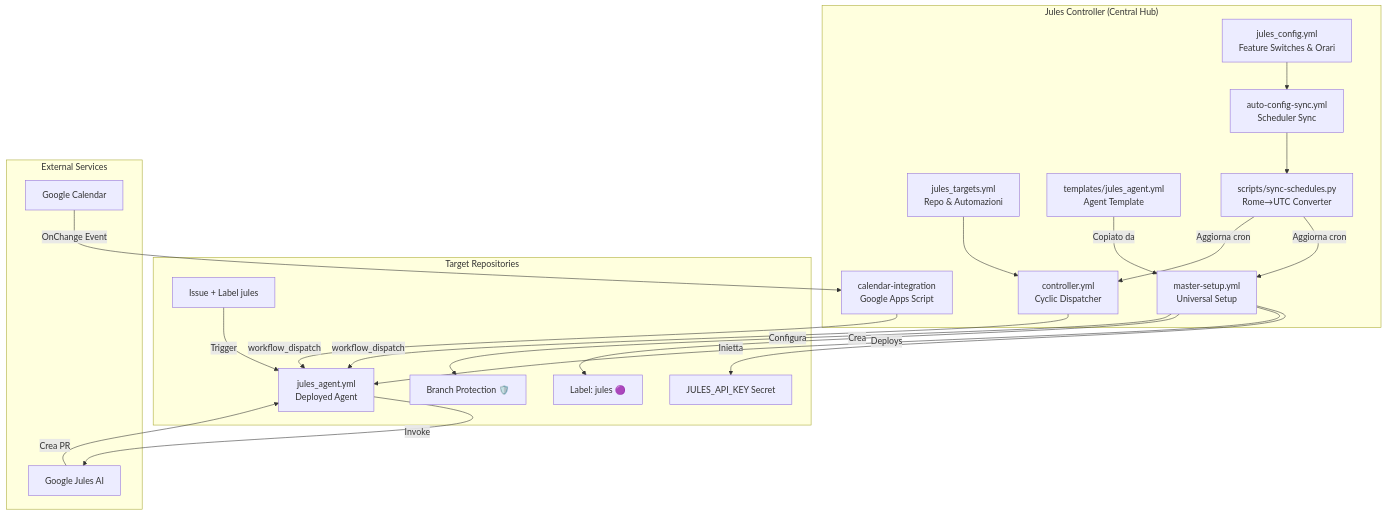
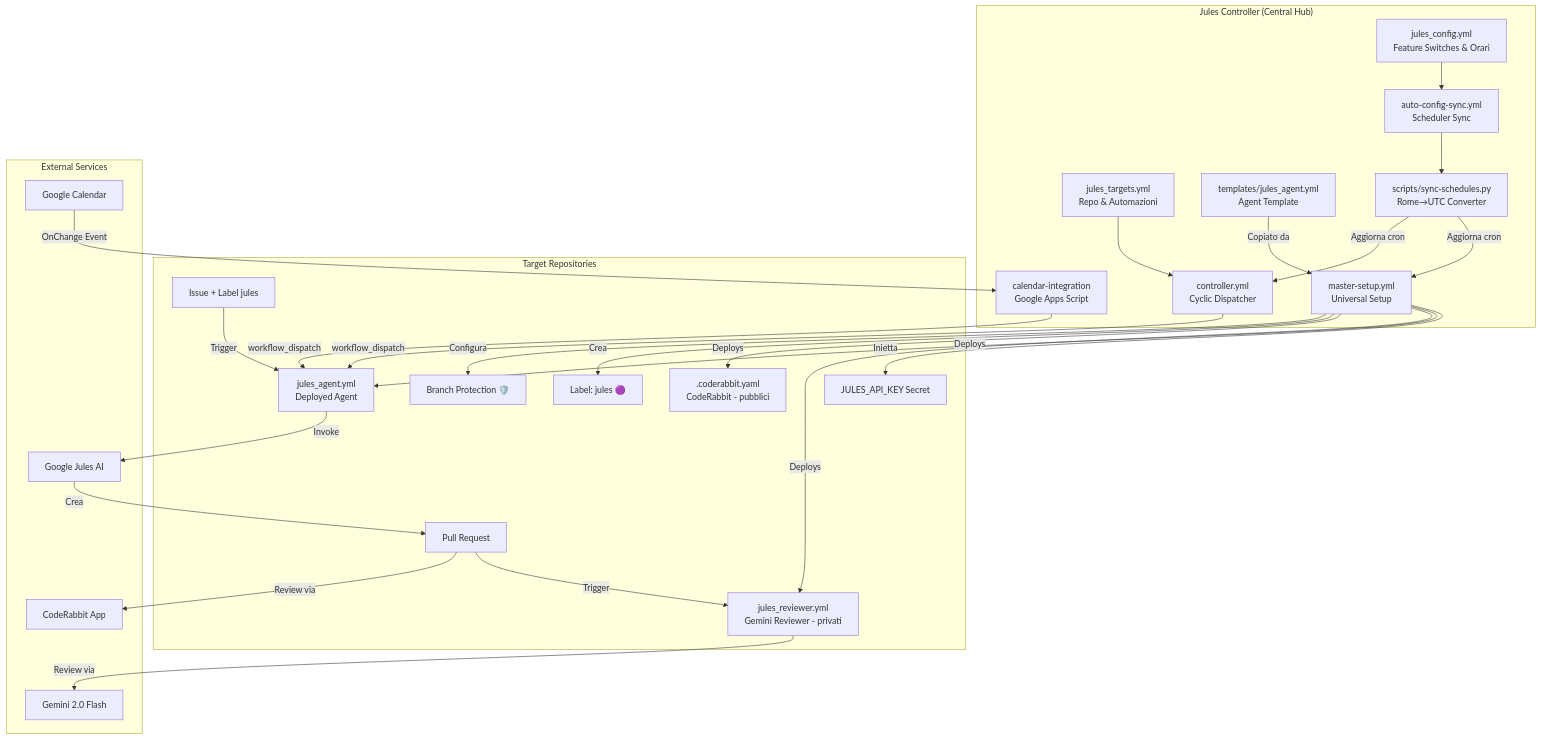
One commit to GabryXn/jules-controller changed the diagram in README.md. Above: the diagram before and after it, drawn with Mermaid. The commit also changed other lines of this file and 4 other files, not shown here.

````diff
--- a/README.md
+++ b/README.md
@@ -34,43 +35,53 @@
 ```mermaid
 graph TD
     subgraph "Jules Controller (Central Hub)"
         CFG[jules_config.yml<br/>Feature Switches & Orari]
         TGT[jules_targets.yml<br/>Repo & Automazioni]
         SYNC[auto-config-sync.yml<br/>Scheduler Sync]
         SETUP[master-setup.yml<br/>Universal Setup]
         CTRL[controller.yml<br/>Cyclic Dispatcher]
         TMPL[templates/jules_agent.yml<br/>Agent Template]
         CAL[calendar-integration<br/>Google Apps Script]
         PY[scripts/sync-schedules.py<br/>Rome→UTC Converter]
     end
 
     subgraph "Target Repositories"
         AGT[jules_agent.yml<br/>Deployed Agent]
+        REVW[jules_reviewer.yml<br/>Gemini Reviewer - privati]
+        CR[.coderabbit.yaml<br/>CodeRabbit - pubblici]
         KEY[JULES_API_KEY Secret]
         LBL["Label: jules 🟣"]
         BP["Branch Protection 🛡️"]
         ISS["Issue + Label jules"]
+        PR["Pull Request"]
     end
 
     subgraph "External Services"
         JULES[Google Jules AI]
         GCAL[Google Calendar]
+        GEMINI[Gemini 2.0 Flash]
+        CODERABBIT[CodeRabbit App]
     end
 
     CFG --> SYNC
     SYNC --> PY
     PY -->|Aggiorna cron| SETUP
     PY -->|Aggiorna cron| CTRL
     TGT --> CTRL
     CTRL -->|workflow_dispatch| AGT
     SETUP -->|Inietta| KEY
     SETUP -->|Deploys| AGT
+    SETUP -->|Deploys| REVW
+    SETUP -->|Deploys| CR
     SETUP -->|Crea| LBL
     SETUP -->|Configura| BP
     TMPL -->|Copiato da| SETUP
     ISS -->|Trigger| AGT
     CAL -->|workflow_dispatch| AGT
     GCAL -->|OnChange Event| CAL
     AGT -->|Invoke| JULES
-    JULES -->|Crea PR| AGT
+    JULES -->|Crea| PR
+    PR -->|Trigger| REVW
+    REVW -->|Review via| GEMINI
+    PR -->|Review via| CODERABBIT
 ```
````
